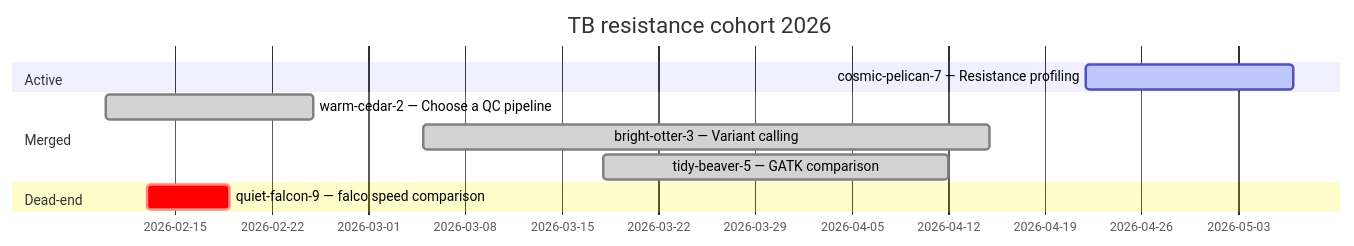
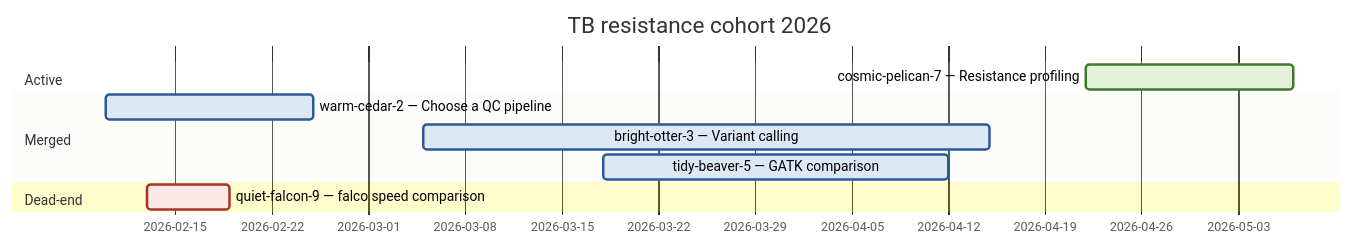
Before and after one commit to abc-cluster/abc-cluster-cli: the third of 9 diagrams in docs/tutorials/project-management.md, drawn with Mermaid. The commit also changed other lines of this file, not shown here.

````diff
--- a/docs/tutorials/project-management.md
+++ b/docs/tutorials/project-management.md
@@ -264,17 +276,29 @@
 ```mermaid
 ---
 title: tb-cohort-2026 — investigation timeline
 ---
+%%{init: {'themeVariables': {
+  'cScale0':'#e3f1d9','cScaleLabel0':'#1a1a1a',
+  'cScale1':'#dde8f5','cScaleLabel1':'#1a1a1a',
+  'cScale2':'#fbe9e7','cScaleLabel2':'#1a1a1a',
+  'cScale3':'#ececea','cScaleLabel3':'#1a1a1a',
+  'taskBkgColor':'#dde8f5','taskBorderColor':'#2c5a96',
+  'doneTaskBkgColor':'#dde8f5','doneTaskBorderColor':'#2c5a96',
+  'activeTaskBkgColor':'#e3f1d9','activeTaskBorderColor':'#3f7a2a',
+  'critBkgColor':'#fbe9e7','critBorderColor':'#a8332a',
+  'sectionBkgColor':'#ffffff','altSectionBkgColor':'#f1efea',
+  'gridColor':'#e6e4dc'
+}}}%%
 gantt
    title TB resistance cohort 2026
    dateFormat YYYY-MM-DD
    axisFormat %Y-%m-%d
    section Active
    cosmic-pelican-7 — Resistance profiling :active, 2026-04-22, 2026-05-07
    section Merged
    warm-cedar-2 — Choose a QC pipeline      :done, 2026-02-10, 2026-02-25
    bright-otter-3 — Variant calling         :done, 2026-03-05, 2026-04-15
    tidy-beaver-5 — GATK comparison          :done, 2026-03-18, 2026-04-12
    section Dead-end
    quiet-falcon-9 — falco speed comparison  :crit, 2026-02-13, 2026-02-19
 ```
````
